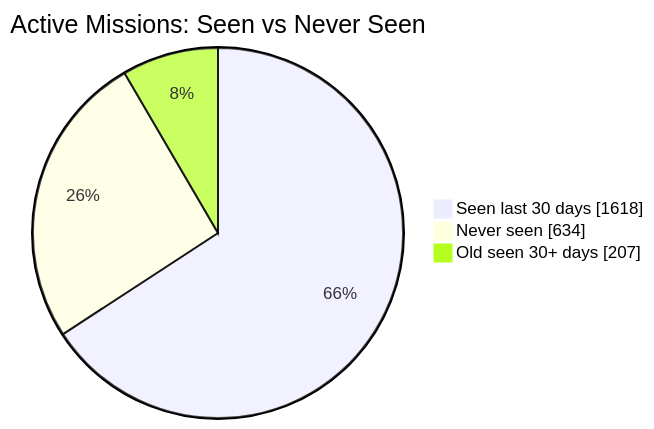
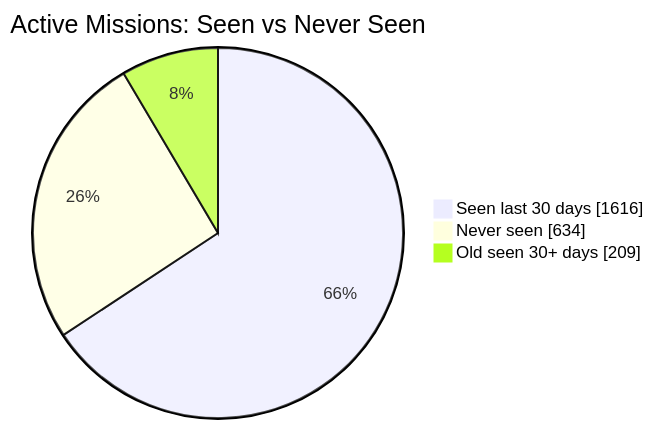
One commit to MeldkamerspelGameTeam/active-missions changed the first of 2 diagrams in README.md. Above: the diagram before and after it, drawn with Mermaid. The commit also changed other lines of this file and 3 other files, not shown here.

````diff
--- a/README.md
+++ b/README.md
@@ -34,7 +34,7 @@
 ```mermaid
 pie showData
     title Active Missions: Seen vs Never Seen
-    "Seen last 30 days" : 1618
+    "Seen last 30 days" : 1616
     "Never seen" : 634
-    "Old seen 30+ days" : 207
+    "Old seen 30+ days" : 209
 ```
````
